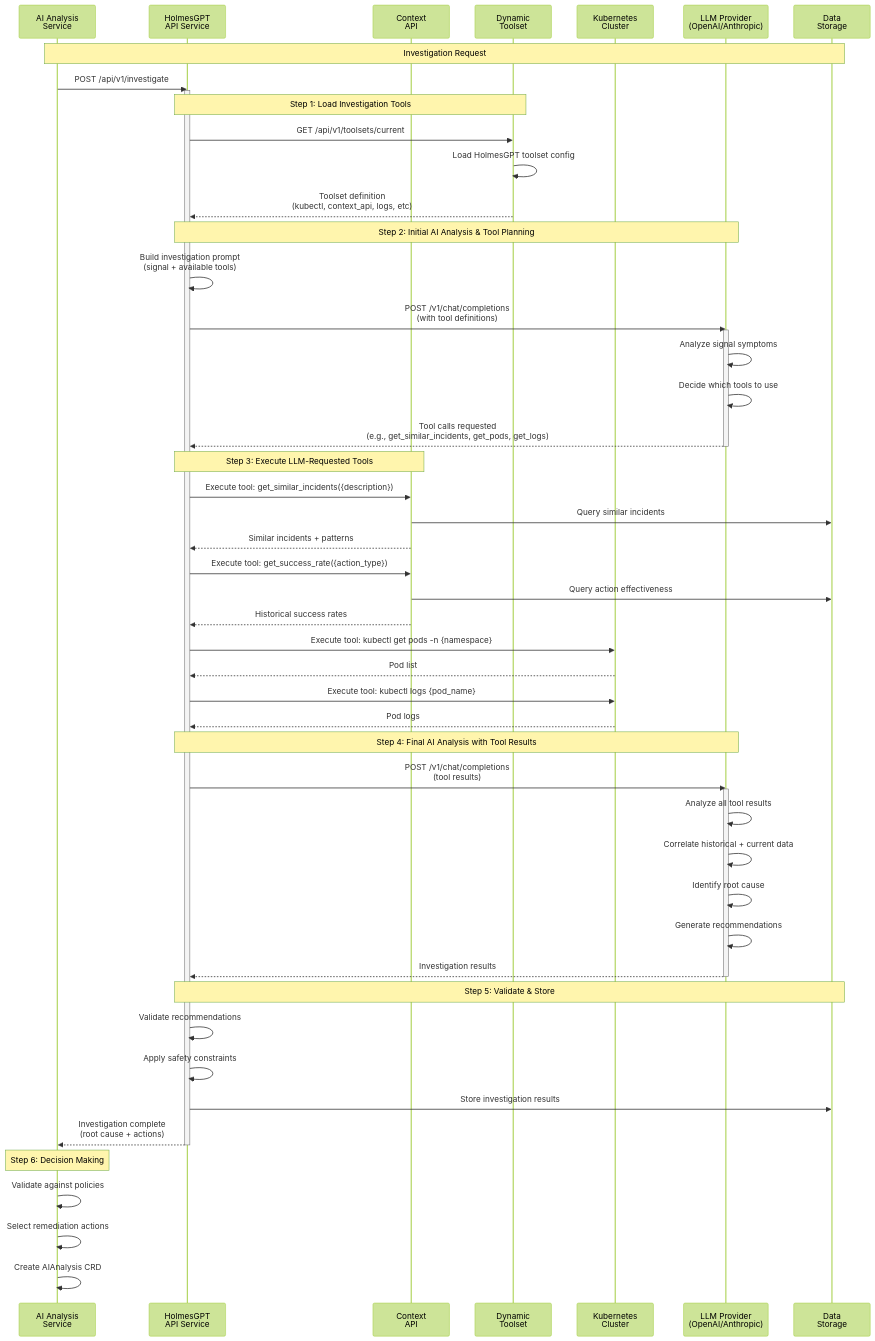
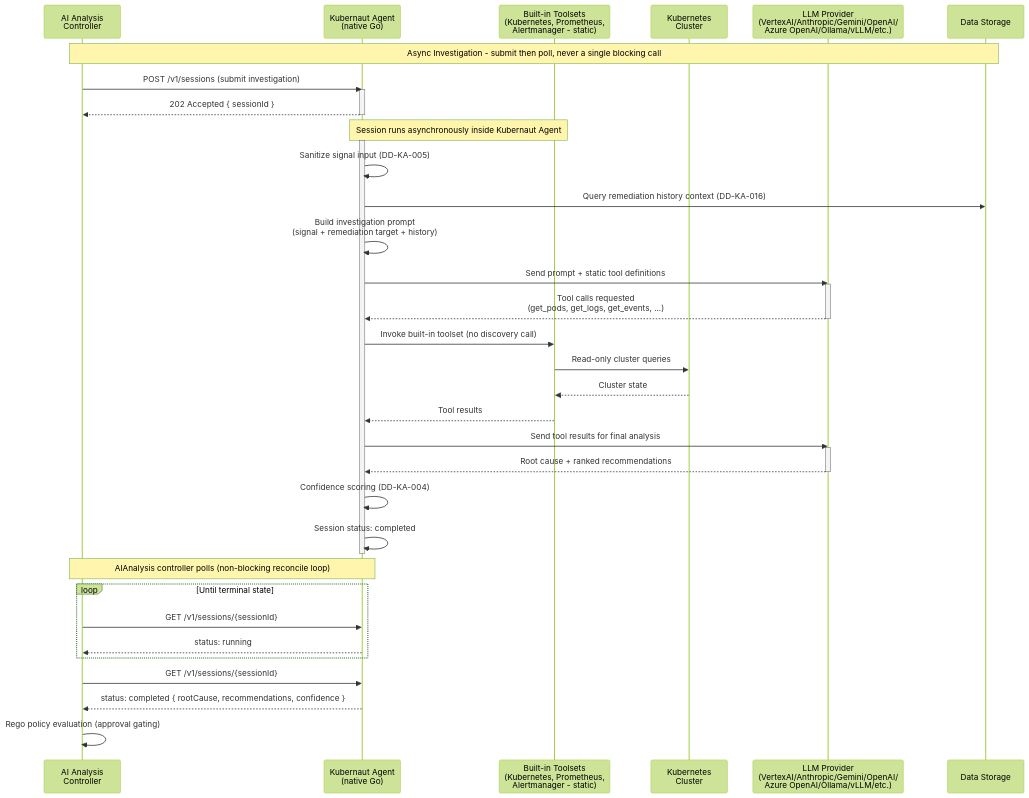
Before and after one commit to jordigilh/kubernaut: the third of 4 diagrams in docs/architecture/APPROVED_MICROSERVICES_ARCHITECTURE.md, drawn with Mermaid (forest theme). The commit also changed other lines of this file and 4 other files, not shown here.

````diff
--- a/docs/architecture/APPROVED_MICROSERVICES_ARCHITECTURE.md
+++ b/docs/architecture/APPROVED_MICROSERVICES_ARCHITECTURE.md
@@ -362,62 +501,45 @@
 ```mermaid
 sequenceDiagram
-    participant AI as AI Analysis<br/>Service
-    participant HGP as HolmesGPT<br/>API Service
-    participant CTX as Context<br/>API
-    participant DTS as Dynamic<br/>Toolset
+    participant AI as AI Analysis<br/>Controller
+    participant KA as Kubernaut Agent<br/>(native Go)
+    participant TOOL as Built-in Toolsets<br/>(Kubernetes, Prometheus,<br/>Alertmanager - static)
     participant K8S as Kubernetes<br/>Cluster
-    participant LLM as LLM Provider<br/>(OpenAI/Anthropic)
-    participant ST as Data<br/>Storage
+    participant LLM as LLM Provider<br/>(VertexAI/Anthropic/Gemini/OpenAI/<br/>Azure OpenAI/Ollama/vLLM/etc.)
+    participant ST as Data Storage
 
-    Note over AI,ST: Investigation Request
-    AI->>HGP: POST /api/v1/investigate
-    activate HGP
+    Note over AI,ST: Async Investigation - submit then poll, never a single blocking call
+    AI->>KA: POST /v1/sessions (submit investigation)
+    activate KA
+    KA-->>AI: 202 Accepted { sessionId }
+    deactivate KA
 
-    Note over HGP,DTS: Step 1: Load Investigation Tools
-    HGP->>DTS: GET /api/v1/toolsets/current
-    DTS->>DTS: Load HolmesGPT toolset config
-    DTS-->>HGP: Toolset definition<br/>(kubectl, context_api, logs, etc)
+    Note over KA,TOOL: Session runs asynchronously inside Kubernaut Agent
+    activate KA
+    KA->>KA: Sanitize signal input (DD-KA-005)
+    KA->>ST: Query remediation history context (DD-KA-016)
+    KA->>KA: Build investigation prompt<br/>(signal + remediation target + history)
+    KA->>LLM: Send prompt + static tool definitions
+    activate LLM
+    LLM-->>KA: Tool calls requested<br/>(get_pods, get_logs, get_events, ...)
+    deactivate LLM
+    KA->>TOOL: Invoke built-in toolset (no discovery call)
+    TOOL->>K8S: Read-only cluster queries
+    K8S-->>TOOL: Cluster state
+    TOOL-->>KA: Tool results
+    KA->>LLM: Send tool results for final analysis
+    activate LLM
+    LLM-->>KA: Root cause + ranked recommendations
+    deactivate LLM
+    KA->>KA: Confidence scoring (DD-KA-004)
+    KA->>KA: Session status: completed
+    deactivate KA
 
-    Note over HGP,LLM: Step 2: Initial AI Analysis & Tool Planning
-    HGP->>HGP: Build investigation prompt<br/>(signal + available tools)
-    HGP->>LLM: POST /v1/chat/completions<br/>(with tool definitions)
-    activate LLM
-    LLM->>LLM: Analyze signal symptoms
-    LLM->>LLM: Decide which tools to use
-    LLM-->>HGP: Tool calls requested<br/>(e.g., get_similar_incidents, get_pods, get_logs)
-    deactivate LLM
-
-    Note over HGP,CTX: Step 3: Execute LLM-Requested Tools
-    HGP->>CTX: Execute tool: get_similar_incidents({description})
-    CTX->>ST: Query similar incidents
-    CTX-->>HGP: Similar incidents + patterns
-    HGP->>CTX: Execute tool: get_success_rate({action_type})
-    CTX->>ST: Query action effectiveness
-    CTX-->>HGP: Historical success rates
-    HGP->>K8S: Execute tool: kubectl get pods -n {namespace}
-    K8S-->>HGP: Pod list
-    HGP->>K8S: Execute tool: kubectl logs {pod_name}
-    K8S-->>HGP: Pod logs
-
-    Note over HGP,LLM: Step 4: Final AI Analysis with Tool Results
-    HGP->>LLM: POST /v1/chat/completions<br/>(tool results)
-    activate LLM
-    LLM->>LLM: Analyze all tool results
-    LLM->>LLM: Correlate historical + current data
-    LLM->>LLM: Identify root cause
-    LLM->>LLM: Generate recommendations
-    LLM-->>HGP: Investigation results
-    deactivate LLM
-
-    Note over HGP,ST: Step 5: Validate & Store
-    HGP->>HGP: Validate recommendations
-    HGP->>HGP: Apply safety constraints
-    HGP->>ST: Store investigation results
-    HGP-->>AI: Investigation complete<br/>(root cause + actions)
-    deactivate HGP
-
-    Note over AI,AI: Step 6: Decision Making
-    AI->>AI: Validate against policies
-    AI->>AI: Select remediation actions
-    AI->>AI: Create AIAnalysis CRD
+    Note over AI,KA: AIAnalysis controller polls (non-blocking reconcile loop)
+    loop Until terminal state
+        AI->>KA: GET /v1/sessions/{sessionId}
+        KA-->>AI: status: running
+    end
+    AI->>KA: GET /v1/sessions/{sessionId}
+    KA-->>AI: status: completed { rootCause, recommendations, confidence }
+    AI->>AI: Rego policy evaluation (approval gating)
 ```
````
